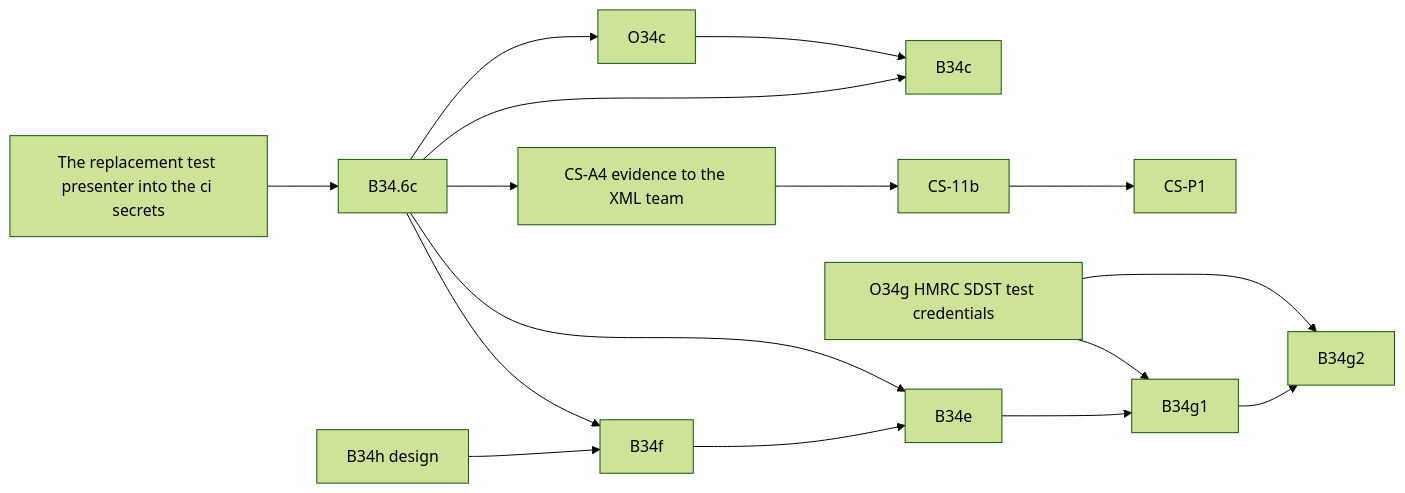
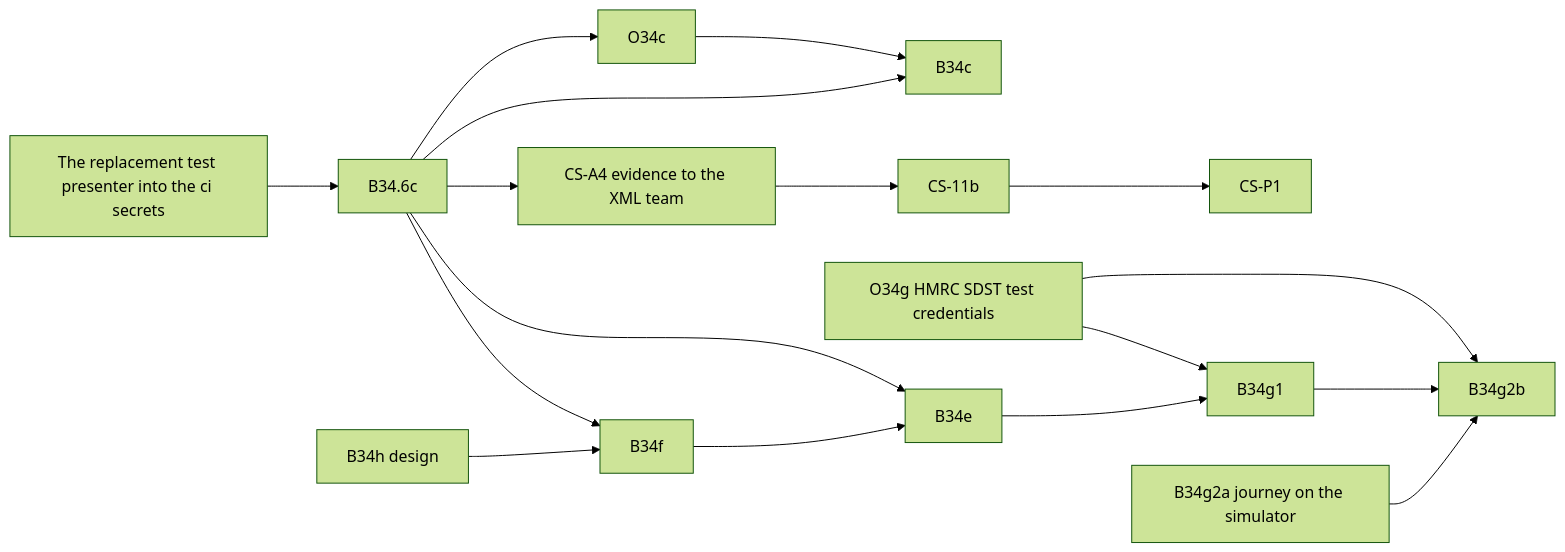
Before and after one commit to diy-accounting-uk/submit.diyaccounting.co.uk: the diagram in PLAN_COMPANIES_HOUSE.md, drawn with Mermaid (forest theme). The commit also changed other lines of this file and 2 other files, not shown here.

````diff
--- a/PLAN_COMPANIES_HOUSE.md
+++ b/PLAN_COMPANIES_HOUSE.md
@@ -63,18 +63,19 @@
 ```mermaid
 flowchart LR
     SEC[The replacement test presenter into the ci secrets] --> B346c[B34.6c]
     B346c --> O34c
     B346c --> B34c
     O34c --> B34c
     B346c --> CSA4[CS-A4 evidence to the XML team]
     CSA4 --> CS11b[CS-11b]
     CS11b --> CSP1[CS-P1]
     B34h[B34h design] --> B34f
     B34f --> B34e
     B34e --> B34g1
-    B34g1 --> B34g2
+    B34g2a[B34g2a journey on the simulator] --> B34g2b
+    B34g1 --> B34g2b
     O34g[O34g HMRC SDST test credentials] --> B34g1
-    O34g --> B34g2
+    O34g --> B34g2b
     B346c --> B34f
     B346c --> B34e
 ```
````
